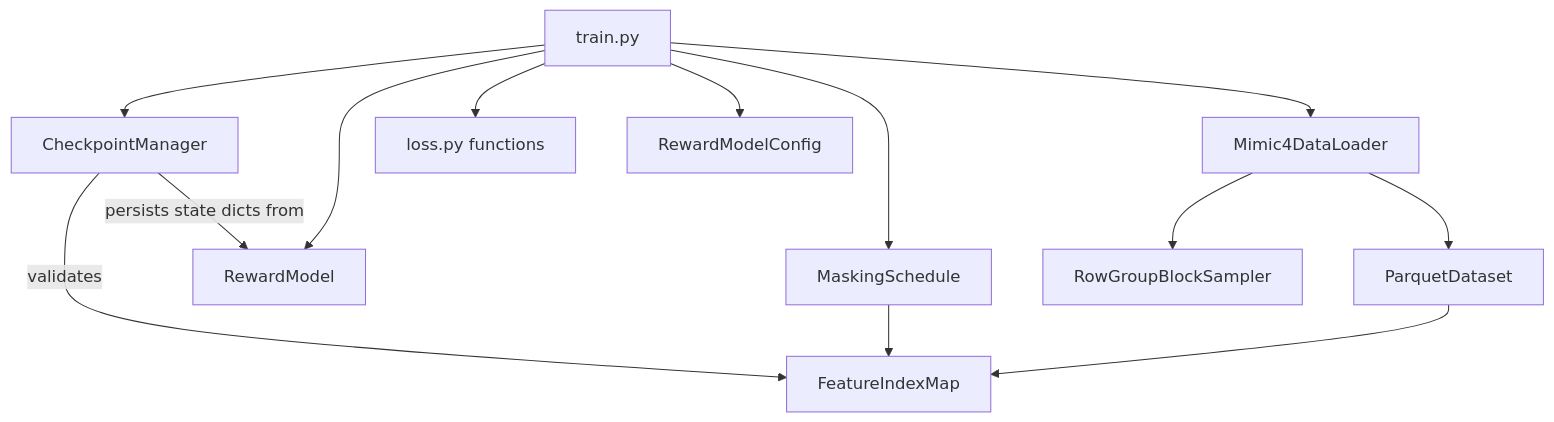
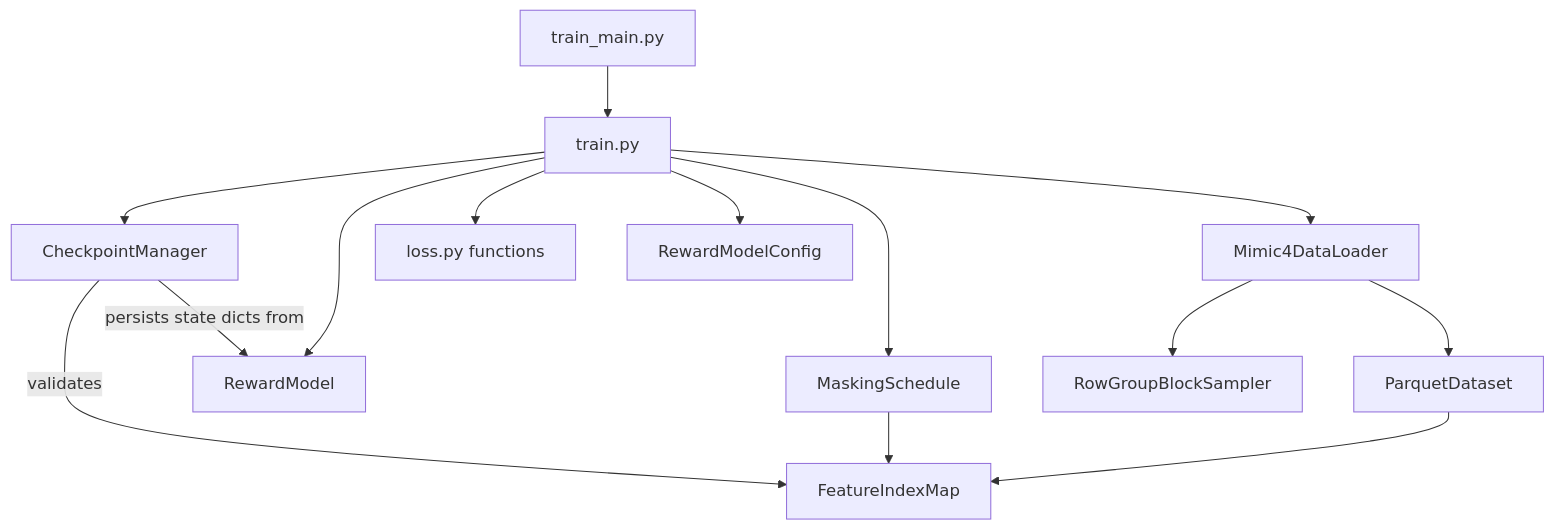
The diagram in src/reward_model/Reward_Model_ARCHITECTURE.md (shaham-lab/HRS), drawn with Mermaid before and after one commit. The commit also changed other lines of this file and 1 other file, not shown here.

First line of the commit message:
Update reward model docs for TrainManager refactor

````diff
--- a/src/reward_model/Reward_Model_ARCHITECTURE.md
+++ b/src/reward_model/Reward_Model_ARCHITECTURE.md
@@ -159,15 +161,16 @@
 ```mermaid
 graph TD
-  Train[train.py] --> CheckpointManager
-  Train --> MaskingSchedule
-  Train --> RewardModel
-  Train --> Mimic4DataLoader
-  Train --> LossFns[loss.py functions]
-  Train --> RewardModelConfig
+  TrainMain[train_main.py] --> TrainManager[train.py]
+  TrainManager --> CheckpointManager
+  TrainManager --> MaskingSchedule
+  TrainManager --> RewardModel
+  TrainManager --> Mimic4DataLoader
+  TrainManager --> LossFns[loss.py functions]
+  TrainManager --> RewardModelConfig
   Mimic4DataLoader --> ParquetDataset
   Mimic4DataLoader --> RowGroupBlockSampler
   ParquetDataset --> FeatureIndexMap
   MaskingSchedule --> FeatureIndexMap
   CheckpointManager -->|validates| FeatureIndexMap
   CheckpointManager -->|persists state dicts from| RewardModel
 ```
````
